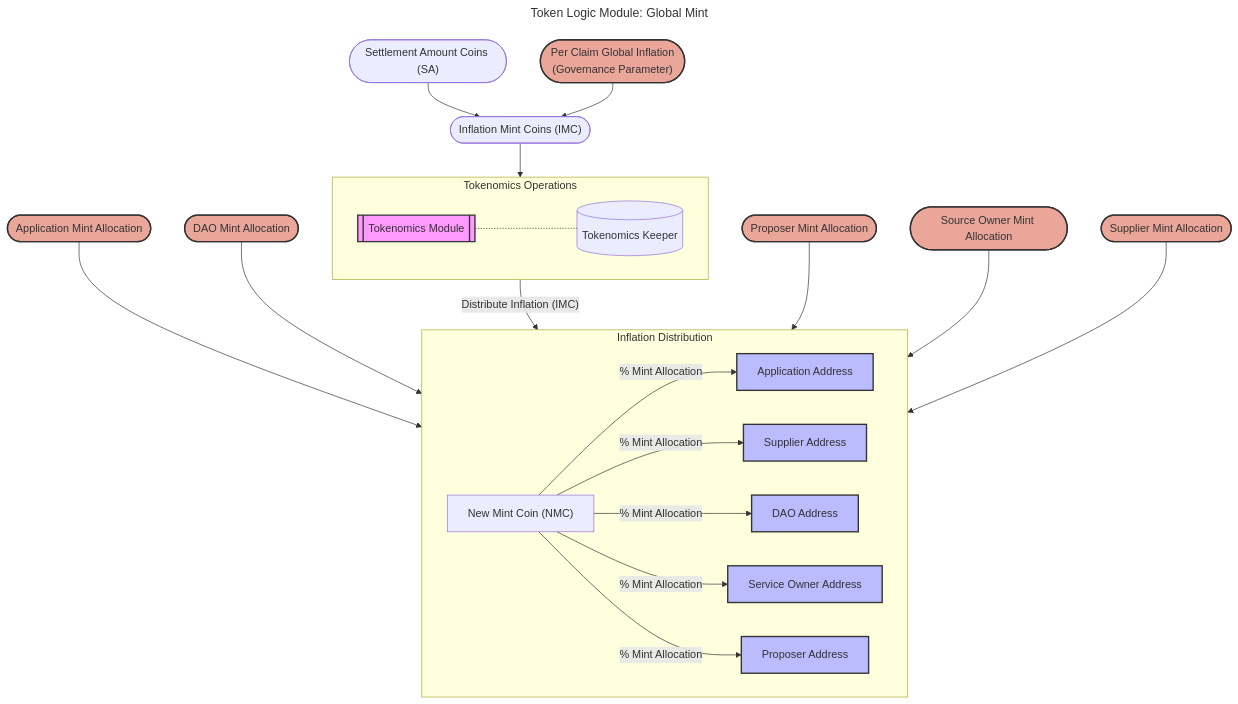
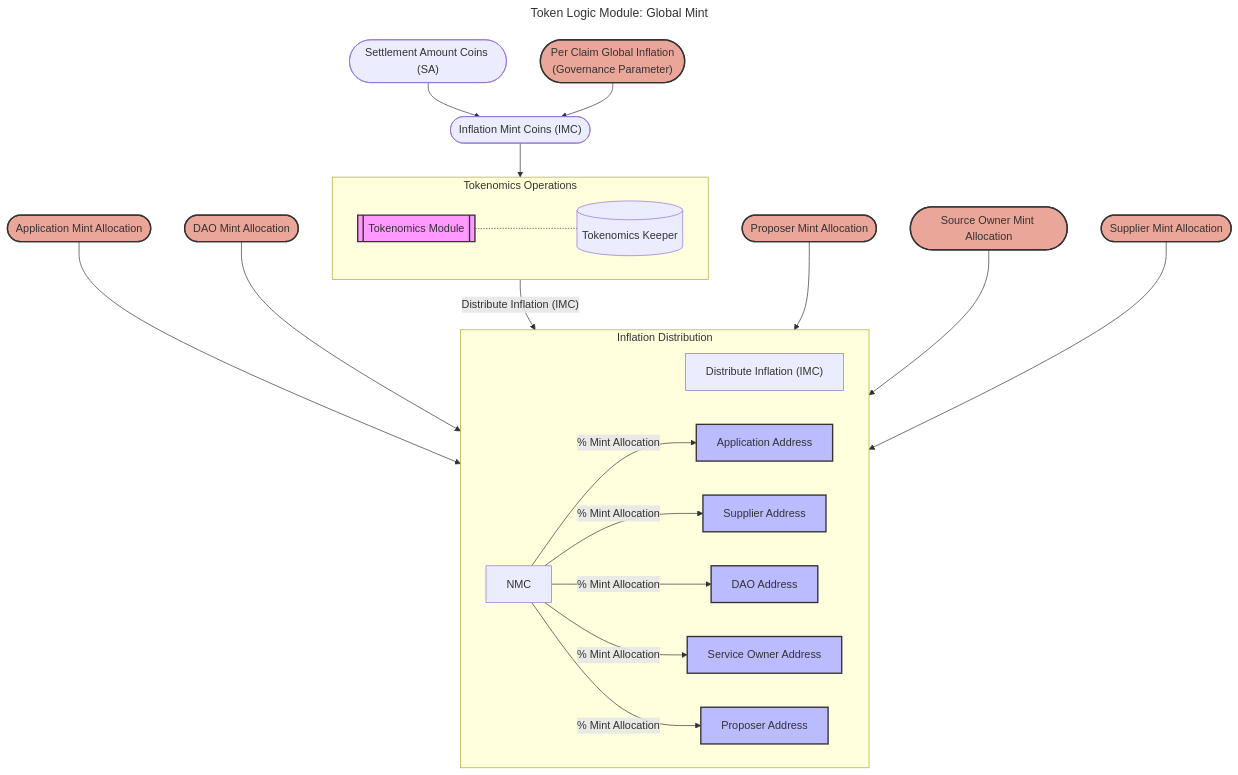
Before and after one commit to pokt-network/poktroll: the third of 4 diagrams in docusaurus/docs/protocol/tokenomics/token_logic_modules.md, drawn with Mermaid.

````diff
--- a/docusaurus/docs/protocol/tokenomics/token_logic_modules.md
+++ b/docusaurus/docs/protocol/tokenomics/token_logic_modules.md
@@ -178,59 +178,59 @@
 ```mermaid
 ---
 title: "Token Logic Module: Global Mint"
 ---
 flowchart TD
     SC(["Settlement Amount Coins (SA)"])
     PCI(["Per Claim Global Inflation <br> (Governance Parameter)"])
     IMC(["Inflation Mint Coins (IMC)"])
 
     DA(["DAO Mint Allocation"])
     PA(["Proposer Mint Allocation"])
     SA(["Supplier Mint Allocation"])
     SOM(["Source Owner Mint Allocation"])
     AA(["Application Mint Allocation"])
 
 
     SC --> IMC
     PCI --> IMC
     IMC --> TO
 
     subgraph TO[Tokenomics Operations]
         TM[[Tokenomics Module]]
         TK[(Tokenomics Keeper)]
         TM -..- TK
     end
 
 
     AA --> ID
     DA --> ID
     TO --Distribute Inflation (IMC)--> ID
     PA --> ID
     SOM --> ID
     SA --> ID
 
     subgraph ID[Inflation Distribution]
-        NMC["New Mint Coin (NMC)"]
+        DI["Distribute Inflation (IMC)"]
         APPA["Application Address"]
         SPPA["Supplier Address"]
         DAOA["DAO Address"]
         SOA["Service Owner Address"]
         PRA["Proposer Address"]
 
         NMC -->|% Mint Allocation| APPA
         NMC -->|% Mint Allocation| SPPA
         NMC -->|% Mint Allocation| DAOA
         NMC -->|% Mint Allocation| SOA
         NMC -->|% Mint Allocation| PRA
     end
 
     classDef module fill:#f9f,stroke:#333,stroke-width:2px;
     classDef address fill:#bbf,stroke:#333,stroke-width:2px;
     classDef question fill:#e3db6d,stroke:#333,stroke-width:2px;
     classDef govparam fill:#eba69a,stroke:#333,stroke-width:2px;
     classDef event fill:#e8b761,stroke:#333,stroke-width:2px;
 
     class TM module;
     class PCI,DA,PA,SA,SOM,AA govparam;
     class APPA,SPPA,DAOA,SOA,PRA address;
 ```
````
